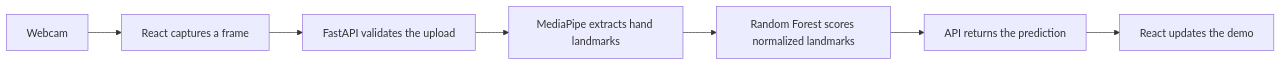
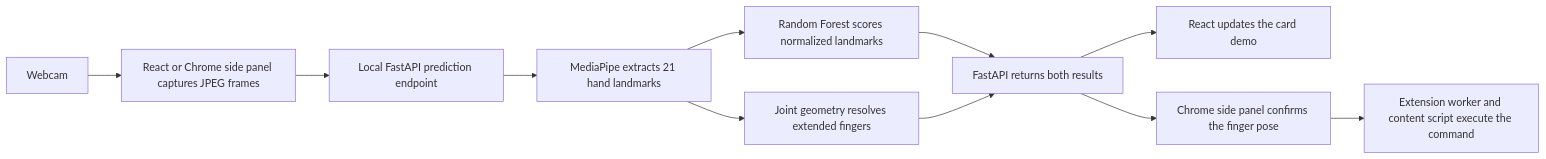
The diagram in README.md (jliu0411/handGestureCommands), drawn with Mermaid before and after one commit. The commit also changed other lines of this file and 48 other files, not shown here.

````diff
--- a/README.md
+++ b/README.md
@@ -38,9 +15,13 @@
 ```mermaid
 flowchart LR
-    Camera[Webcam] --> React[React captures a frame]
-    React --> API[FastAPI validates the upload]
-    API --> Hands[MediaPipe extracts hand landmarks]
+    Camera[Webcam] --> Capture[React or Chrome side panel captures JPEG frames]
+    Capture --> API[Local FastAPI prediction endpoint]
+    API --> Hands[MediaPipe extracts 21 hand landmarks]
     Hands --> Forest[Random Forest scores normalized landmarks]
-    Forest --> Result[API returns the prediction]
-    Result --> Demo[React updates the demo]
+    Hands --> Fingers[Joint geometry resolves extended fingers]
+    Forest --> Result[FastAPI returns both results]
+    Fingers --> Result
+    Result --> Demo[React updates the card demo]
+    Result --> Panel[Chrome side panel confirms the finger pose]
+    Panel --> Browser[Extension worker and content script execute the command]
 ```
````
